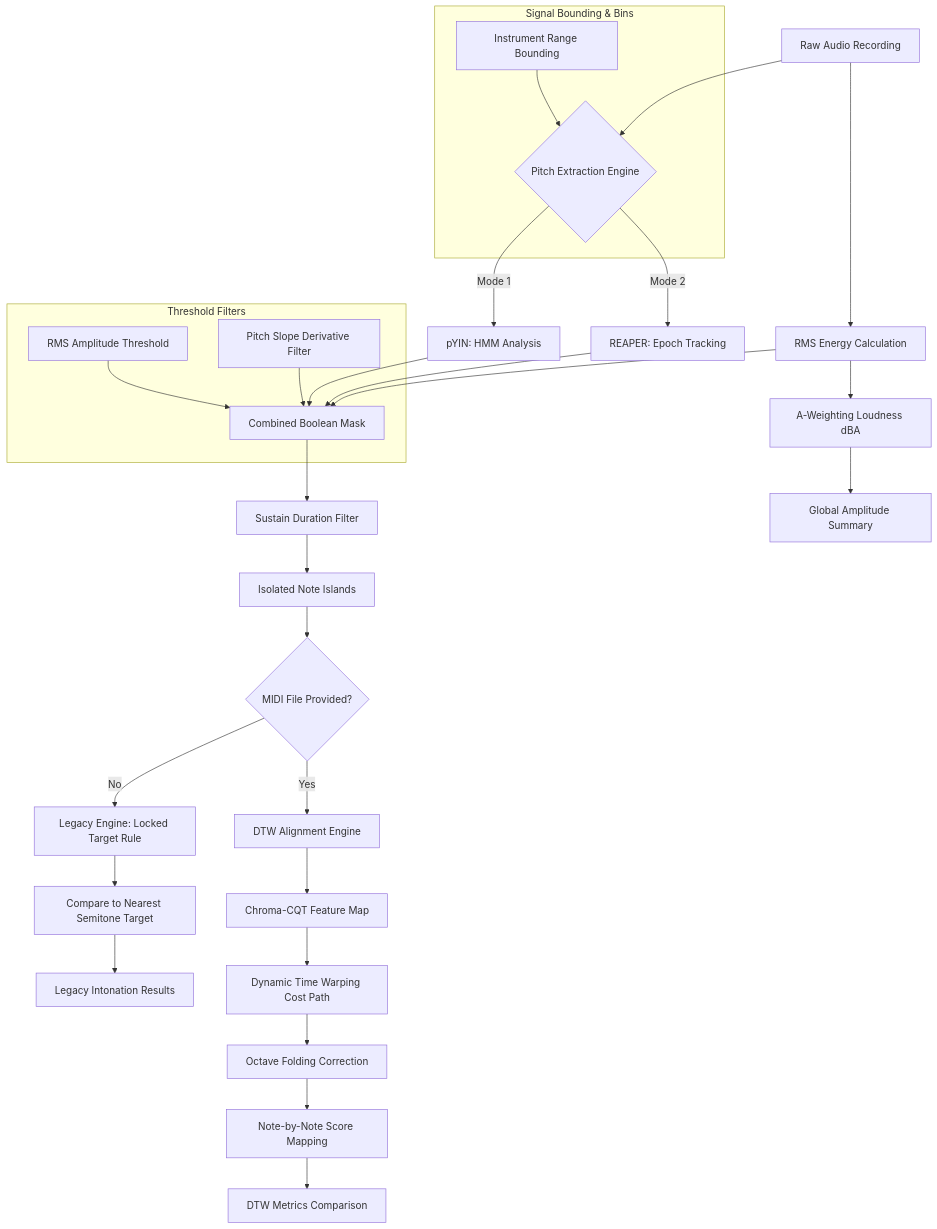
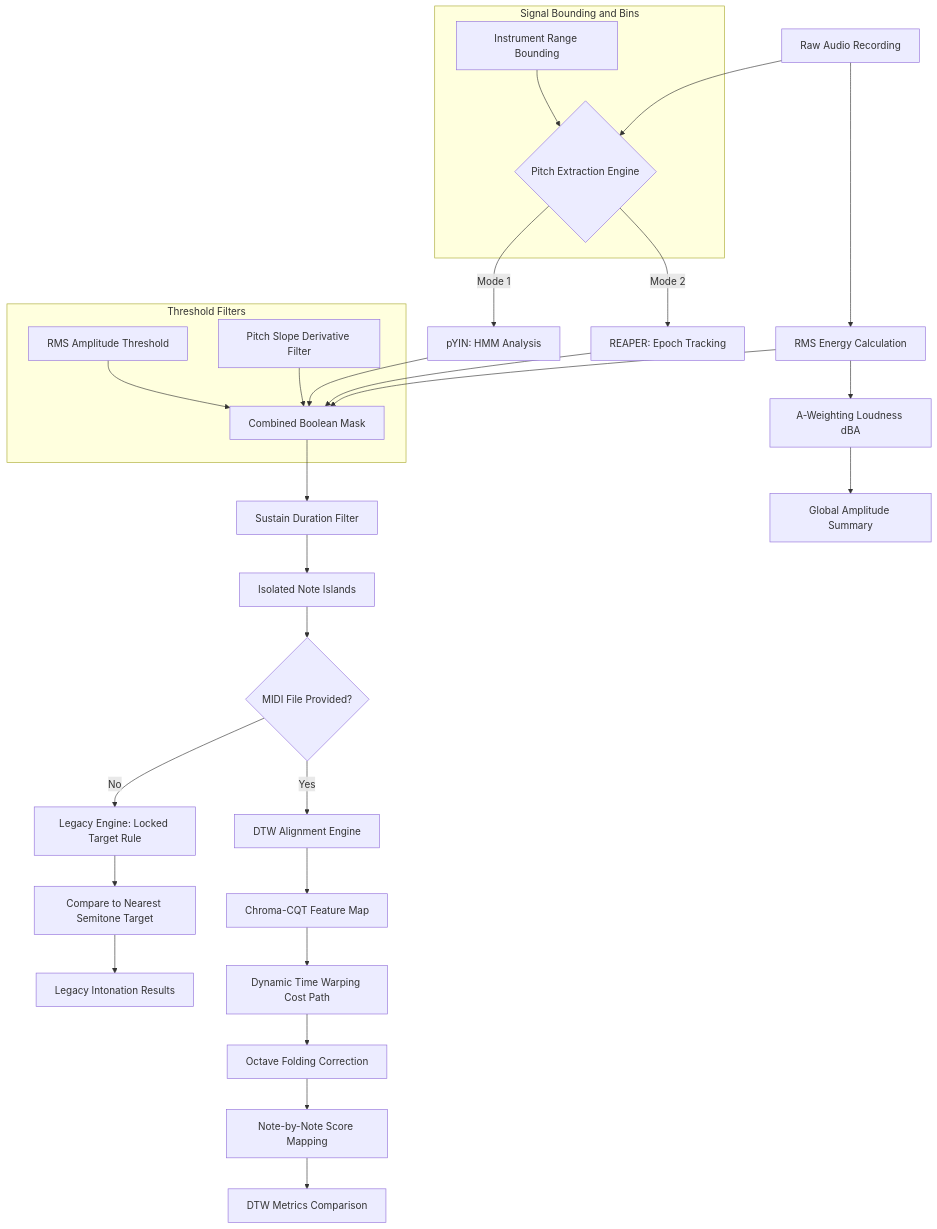
Before and after one commit to chungkrc-dot/Hello-Audio: the first of 3 diagrams in docs/technical_manual.md, drawn with Mermaid. The commit also changed other lines of this file, not shown here.

First line of the commit message:
Document URMP de-duplication and MIDI part selection

````diff
--- a/docs/technical_manual.md
+++ b/docs/technical_manual.md
@@ -20,40 +20,40 @@
 ```mermaid
 graph TD
-    A[Raw Audio Recording] --> B{Pitch Extraction Engine}
-    B -->|Mode 1| B2[pYIN: HMM Analysis]
-    B -->|Mode 2| B3[REAPER: Epoch Tracking]
+    A[Raw Audio Recording] --> B{"Pitch Extraction Engine"}
+    B -->|Mode 1| B2["pYIN: HMM Analysis"]
+    B -->|Mode 2| B3["REAPER: Epoch Tracking"]
     
     A --> C[RMS Energy Calculation]
     
-    subgraph Signal Bounding & Bins
+    subgraph SB["Signal Bounding and Bins"]
         B1[Instrument Range Bounding] --> B
     end
 
     B2 --> D[Combined Boolean Mask]
     B3 --> D
     C --> D
     
-    subgraph Threshold Filters
+    subgraph TF["Threshold Filters"]
         D1[RMS Amplitude Threshold] --> D
         D2[Pitch Slope Derivative Filter] --> D
     end
     
     D --> E[Sustain Duration Filter]
     E --> F[Isolated Note Islands]
     
-    F --> G{MIDI File Provided?}
+    F --> G{"MIDI File Provided?"}
     
     G -- No --> H[Legacy Engine: Locked Target Rule]
     H --> H1[Compare to Nearest Semitone Target]
     H1 --> K[Legacy Intonation Results]
     
     G -- Yes --> I[DTW Alignment Engine]
-    I --> I1[Chroma-CQT Feature Map]
+    I --> I1["Chroma-CQT Feature Map"]
     I1 --> I2[Dynamic Time Warping Cost Path]
     I2 --> J[Octave Folding Correction]
     J --> J1[Note-by-Note Score Mapping]
     J1 --> L[DTW Metrics Comparison]
     
-    C --> M[A-Weighting Loudness dBA]
+    C --> M["A-Weighting Loudness dBA"]
     M --> N[Global Amplitude Summary]
 ```
````
